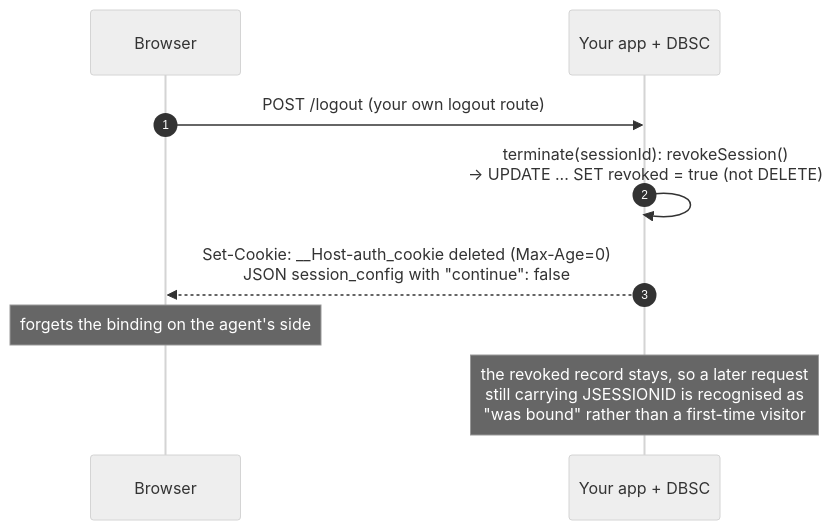
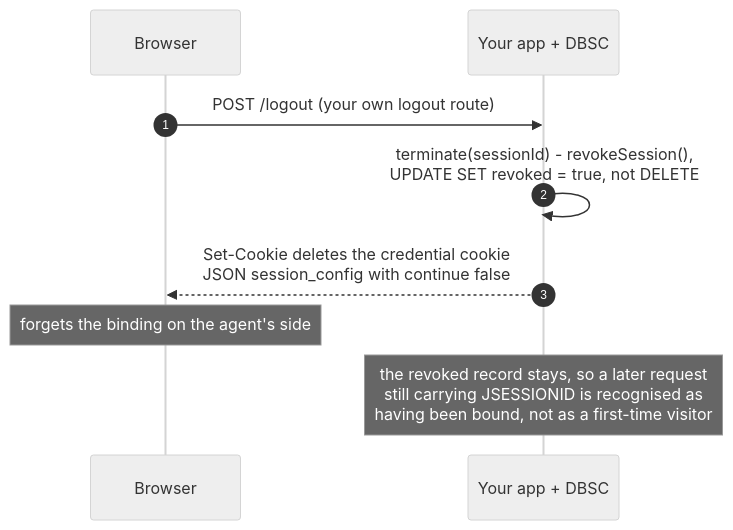
Before and after one commit to yuukioosaka/spring-dbsc: the seventh of 12 diagrams in README.md, drawn with Mermaid (neutral theme). The commit also changed other lines of this file, not shown here.

First line of the commit message:
Fix a mermaid render failure: HTML entities and __Host- in sequence messages

````diff
--- a/README.md
+++ b/README.md
@@ -643,12 +643,12 @@
 ```mermaid
 sequenceDiagram
     autonumber
     participant B as Browser
     participant S as Your app + DBSC
 
     B->>S: POST /logout  (your own logout route)
-    S->>S: terminate(sessionId): revokeSession()<br/>-> UPDATE ... SET revoked = true (not DELETE)
-    S-->>B: Set-Cookie: __Host-auth_cookie deleted (Max-Age=0)<br/>JSON session_config with "continue": false
+    S->>S: terminate(sessionId) - revokeSession(),<br/>UPDATE SET revoked = true, not DELETE
+    S-->>B: Set-Cookie deletes the credential cookie<br/>JSON session_config with continue false
     Note over B: forgets the binding on the agent's side
-    Note over S: the revoked record stays, so a later request<br/>still carrying JSESSIONID is recognised as<br/>"was bound" rather than a first-time visitor
+    Note over S: the revoked record stays, so a later request<br/>still carrying JSESSIONID is recognised as<br/>having been bound, not as a first-time visitor
 ```
````
